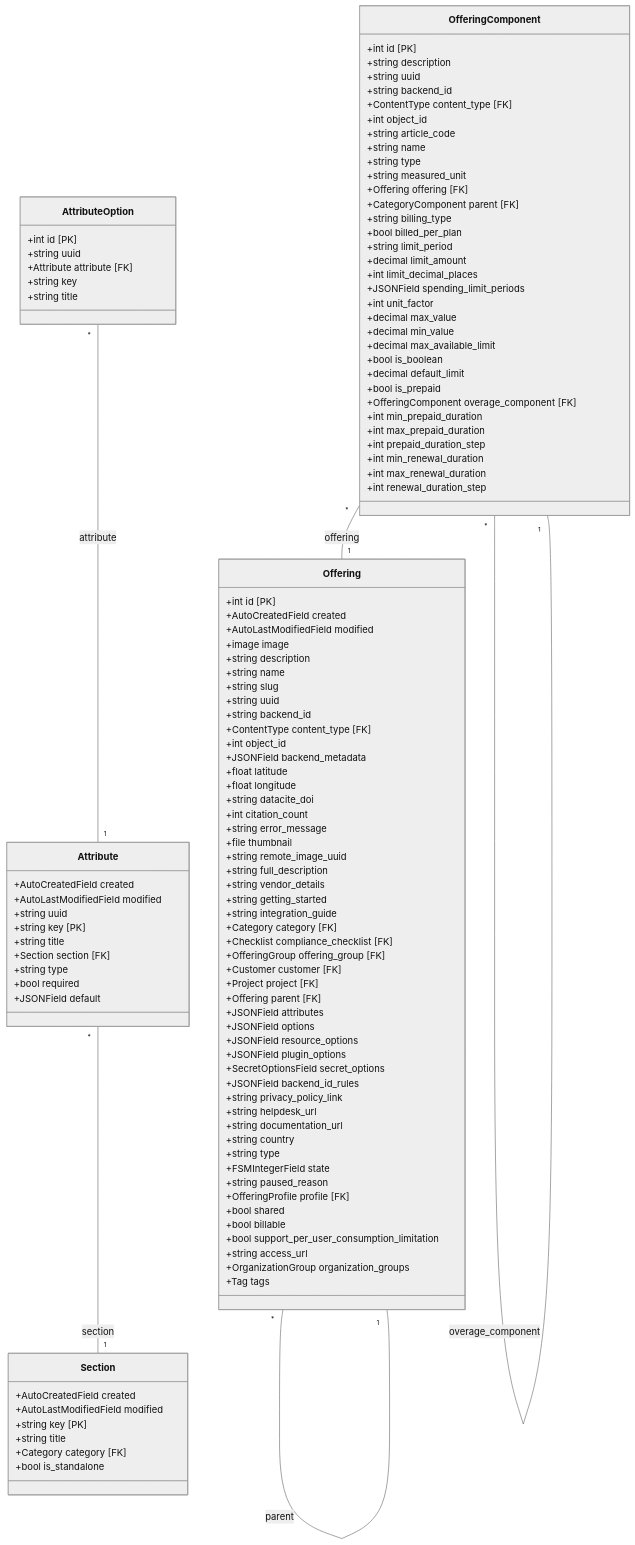
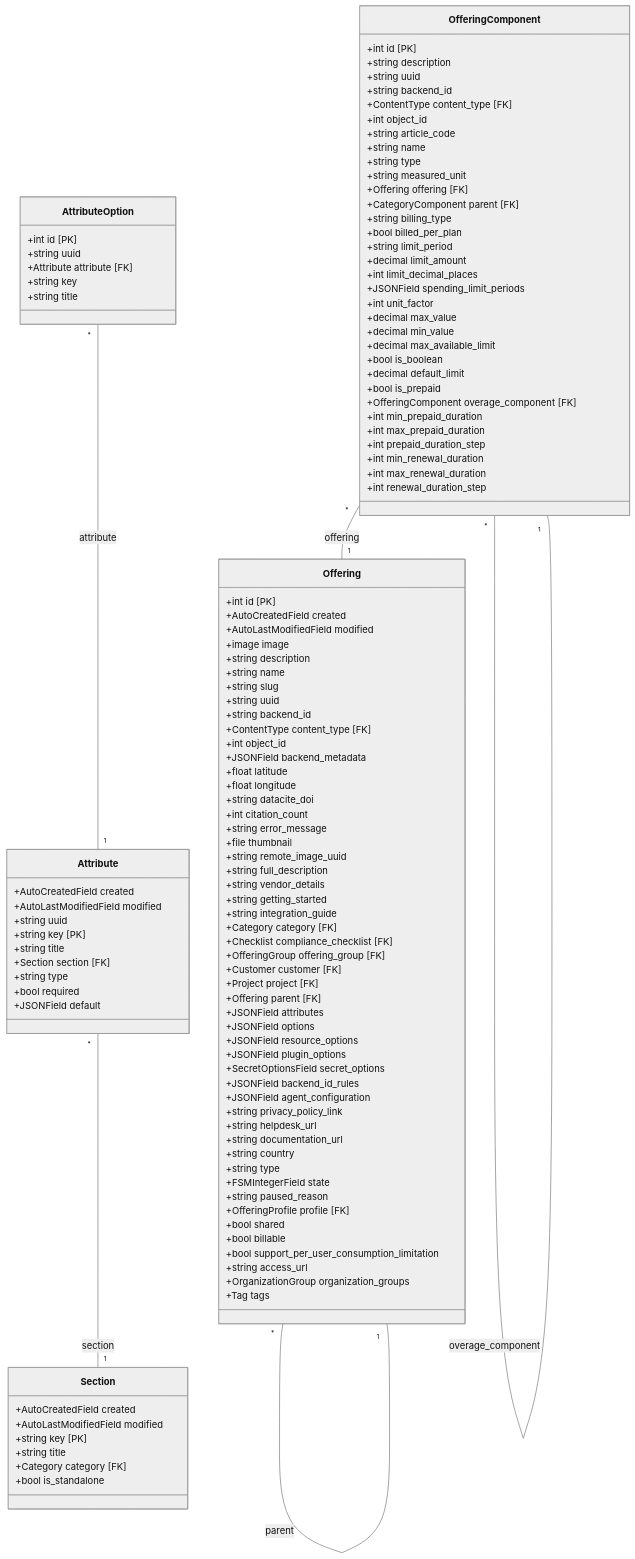
The diagram in docs/developer-guide/marketplace_catalog.mmd (waldur/waldur-docs), drawn with Mermaid (neutral theme) before and after one commit. The commit also changed 50 other files, not shown here.

```diff
--- a/docs/developer-guide/marketplace_catalog.mmd
+++ b/docs/developer-guide/marketplace_catalog.mmd
@@ -1,118 +1,119 @@
 classDiagram
     direction TB
     class Section {
         +AutoCreatedField created
         +AutoLastModifiedField modified
         +string key [PK]
         +string title
         +Category category [FK]
         +bool is_standalone
     }
     class Attribute {
         +AutoCreatedField created
         +AutoLastModifiedField modified
         +string uuid
         +string key [PK]
         +string title
         +Section section [FK]
         +string type
         +bool required
         +JSONField default
     }
     class AttributeOption {
         +int id [PK]
         +string uuid
         +Attribute attribute [FK]
         +string key
         +string title
     }
     class Offering {
         +int id [PK]
         +AutoCreatedField created
         +AutoLastModifiedField modified
         +image image
         +string description
         +string name
         +string slug
         +string uuid
         +string backend_id
         +ContentType content_type [FK]
         +int object_id
         +JSONField backend_metadata
         +float latitude
         +float longitude
         +string datacite_doi
         +int citation_count
         +string error_message
         +file thumbnail
         +string remote_image_uuid
         +string full_description
         +string vendor_details
         +string getting_started
         +string integration_guide
         +Category category [FK]
         +Checklist compliance_checklist [FK]
         +OfferingGroup offering_group [FK]
         +Customer customer [FK]
         +Project project [FK]
         +Offering parent [FK]
         +JSONField attributes
         +JSONField options
         +JSONField resource_options
         +JSONField plugin_options
         +SecretOptionsField secret_options
         +JSONField backend_id_rules
+        +JSONField agent_configuration
         +string privacy_policy_link
         +string helpdesk_url
         +string documentation_url
         +string country
         +string type
         +FSMIntegerField state
         +string paused_reason
         +OfferingProfile profile [FK]
         +bool shared
         +bool billable
         +bool support_per_user_consumption_limitation
         +string access_url
         +OrganizationGroup organization_groups
         +Tag tags
     }
     class OfferingComponent {
         +int id [PK]
         +string description
         +string uuid
         +string backend_id
         +ContentType content_type [FK]
         +int object_id
         +string article_code
         +string name
         +string type
         +string measured_unit
         +Offering offering [FK]
         +CategoryComponent parent [FK]
         +string billing_type
         +bool billed_per_plan
         +string limit_period
         +decimal limit_amount
         +int limit_decimal_places
         +JSONField spending_limit_periods
         +int unit_factor
         +decimal max_value
         +decimal min_value
         +decimal max_available_limit
         +bool is_boolean
         +decimal default_limit
         +bool is_prepaid
         +OfferingComponent overage_component [FK]
         +int min_prepaid_duration
         +int max_prepaid_duration
         +int prepaid_duration_step
         +int min_renewal_duration
         +int max_renewal_duration
         +int renewal_duration_step
     }
     Attribute "*" -- "1" Section : section
     AttributeOption "*" -- "1" Attribute : attribute
     Offering "*" -- "1" Offering : parent
     OfferingComponent "*" -- "1" Offering : offering
     OfferingComponent "*" -- "1" OfferingComponent : overage_component
```
